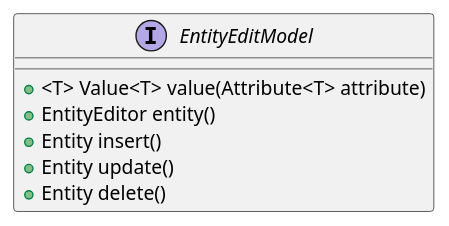
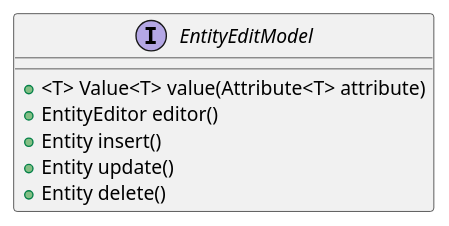
One commit to codion-is/codion changed the diagram in documentation/src/docs/asciidoc/manual/framework-entity-edit-model.adoc. Above: the diagram before and after it, drawn with PlantUML. The commit also changed other lines of this file and 36 other files, not shown here.

Commit message:
EntityEditModel.entity() renamed editor()

```diff
--- a/documentation/src/docs/asciidoc/manual/framework-entity-edit-model.adoc
+++ b/documentation/src/docs/asciidoc/manual/framework-entity-edit-model.adoc
@@ -5,12 +5,12 @@
 [plantuml,entity-edit-model-diagram,svg,align=center]
 -------------------------------------------
 skinparam genericDisplay old
 
 interface EntityEditModel {
     +<T> Value<T> value(Attribute<T> attribute)
-    +EntityEditor entity()
+    +EntityEditor editor()
     +Entity insert()
     +Entity update()
     +Entity delete()
 }
 -------------------------------------------
```
